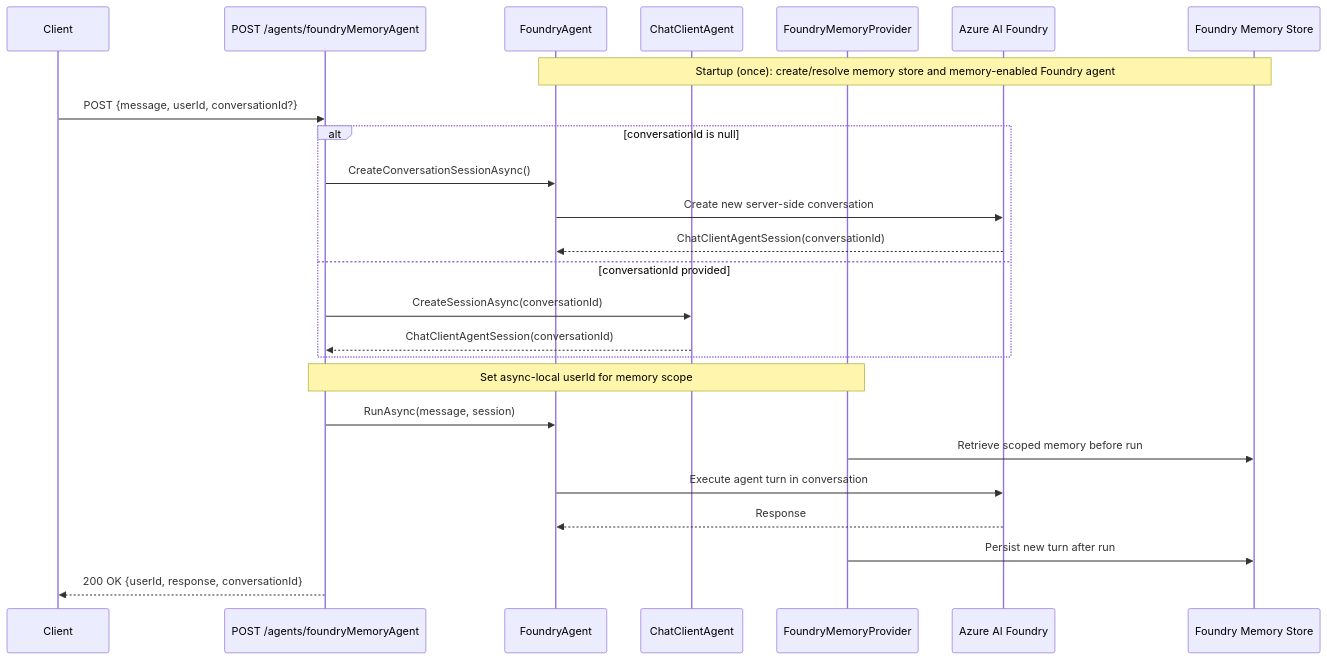
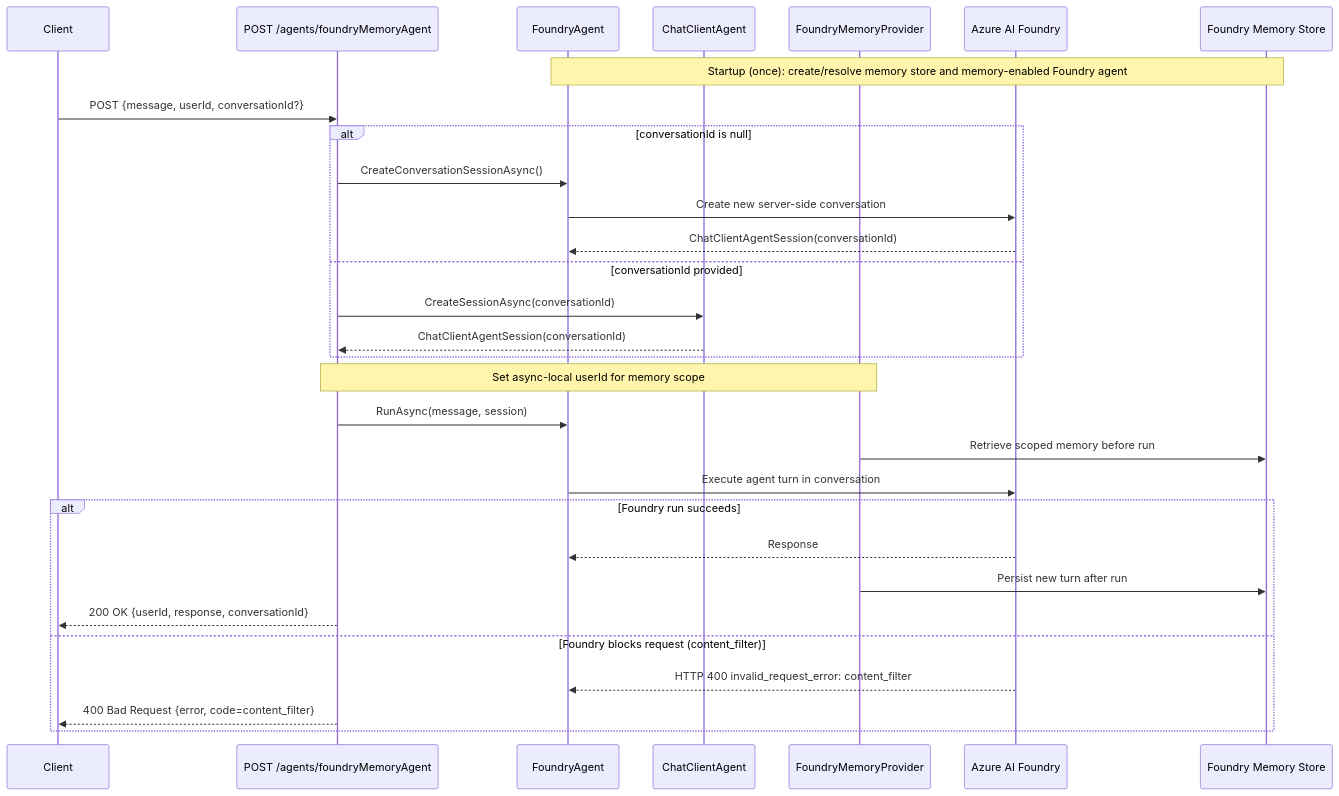
One commit to rutzsco/agent-hub-dotnet changed the third of 3 diagrams in diagram.md. Above: the diagram before and after it, drawn with Mermaid. The commit also changed 23 other files, not shown here.

````diff
--- a/diagram.md
+++ b/diagram.md
@@ -112,32 +112,37 @@
 ```mermaid
 sequenceDiagram
     participant Client
     participant Route as POST /agents/foundryMemoryAgent
     participant Agent as FoundryAgent
     participant ChatAgent as ChatClientAgent
     participant Provider as FoundryMemoryProvider
     participant Foundry as Azure AI Foundry
     participant MemoryAPI as Foundry Memory Store
 
     Note over Agent,MemoryAPI: Startup (once): create/resolve memory store and memory-enabled Foundry agent
 
     Client->>Route: POST {message, userId, conversationId?}
 
     alt conversationId is null
         Route->>Agent: CreateConversationSessionAsync()
         Agent->>Foundry: Create new server-side conversation
         Foundry-->>Agent: ChatClientAgentSession(conversationId)
     else conversationId provided
         Route->>ChatAgent: CreateSessionAsync(conversationId)
         ChatAgent-->>Route: ChatClientAgentSession(conversationId)
     end
 
     Note over Route,Provider: Set async-local userId for memory scope
     Route->>Agent: RunAsync(message, session)
     Provider->>MemoryAPI: Retrieve scoped memory before run
     Agent->>Foundry: Execute agent turn in conversation
-    Foundry-->>Agent: Response
-    Provider->>MemoryAPI: Persist new turn after run
 
-    Route-->>Client: 200 OK {userId, response, conversationId}
+    alt Foundry run succeeds
+        Foundry-->>Agent: Response
+        Provider->>MemoryAPI: Persist new turn after run
+        Route-->>Client: 200 OK {userId, response, conversationId}
+    else Foundry blocks request (content_filter)
+        Foundry-->>Agent: HTTP 400 invalid_request_error: content_filter
+        Route-->>Client: 400 Bad Request {error, code=content_filter}
+    end
 ```
````
